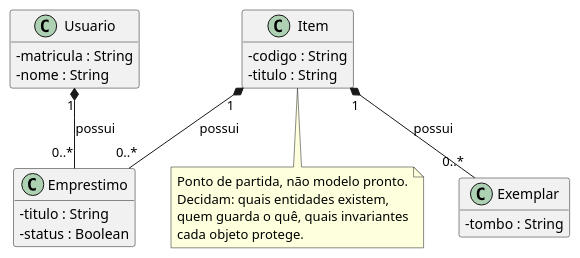
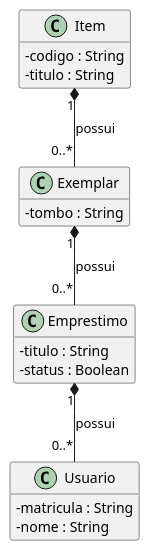
Before and after one commit to AntoniElae/POO-2026-2: the diagram in docs/modelo.puml, drawn with PlantUML.

Commit message:
PlantUML 2

```diff
--- a/docs/modelo.puml
+++ b/docs/modelo.puml
@@ -1,44 +1,38 @@
 @startuml
 ' Modelo de domínio do sistema: Entrega 1.
 '
 ' Este arquivo é o ponto de partida. Substitua pelo modelo da sua equipe.
 ' O diagrama precisa corresponder ao código entregue.
 '
 ' Para gerar a imagem: instale o plugin PlantUML no IntelliJ, ou use
 '   plantuml docs/modelo.puml
 ' e versione a imagem gerada ao lado deste arquivo.
 
 skinparam classAttributeIconSize 0
 hide empty members
 
 class Item {
   - codigo : String
   - titulo : String
 }
 
 class Exemplar {
   - tombo : String
 }
 
 class Usuario {
   - matricula : String
   - nome : String
 }
 
 class Emprestimo {
   - titulo : String
   - status : Boolean
 }
 
 Item "1" *-- "0..*" Exemplar : possui
-Usuario "1" *-- "0..*" Emprestimo : possui
-Item "1" *-- "0..*" Emprestimo : possui
+Exemplar "1" *-- "0..*" Emprestimo : possui
+Emprestimo "1" *-- "0..*" Usuario : possui
 
-note bottom of Item
-  Ponto de partida, não modelo pronto.
-  Decidam: quais entidades existem,
-  quem guarda o quê, quais invariantes
-  cada objeto protege.
-end note
 
 @enduml
```
